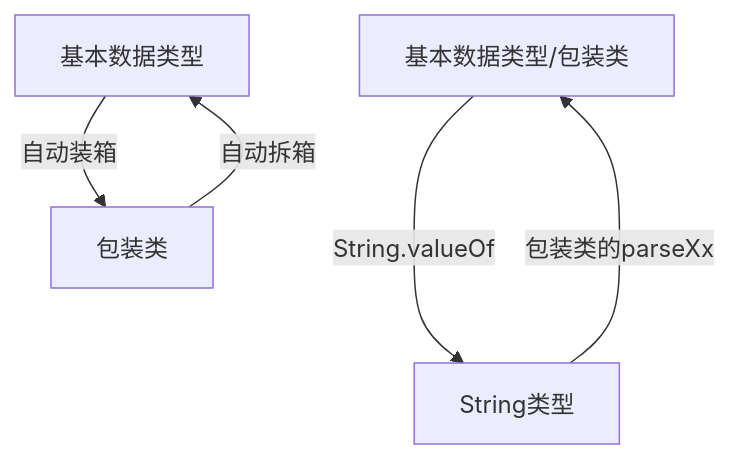
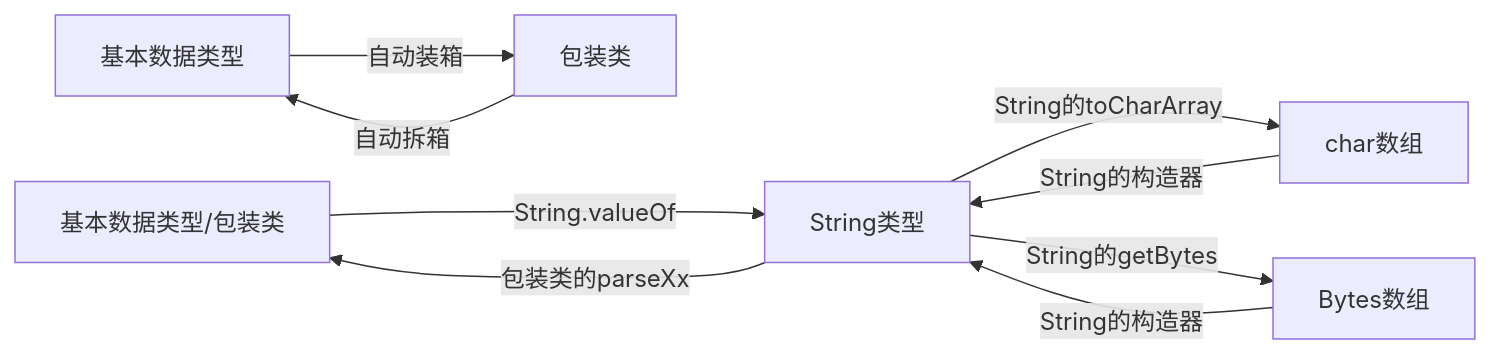
Before and after one commit to knd11/Big-data: the second of 7 diagrams in README.md, drawn with Mermaid. The commit also changed other lines of this file, not shown here.

````diff
--- a/README.md
+++ b/README.md
@@ -172,8 +188,14 @@
 ```mermaid
-graph TD
+graph LR
     基本数据类型 --自动装箱-->包装类
     包装类--自动拆箱-->基本数据类型
     
     基本数据类型/包装类 --String.valueOf--> String类型
     String类型--包装类的parseXxx--> 基本数据类型/包装类
+    
+    String类型--String的toCharArray-->char数组
+    char数组 --String的构造器--> String类型
+    
+    String类型--String的getBytes-->Bytes数组
+    Bytes数组 --String的构造器--> String类型
 ```
````
